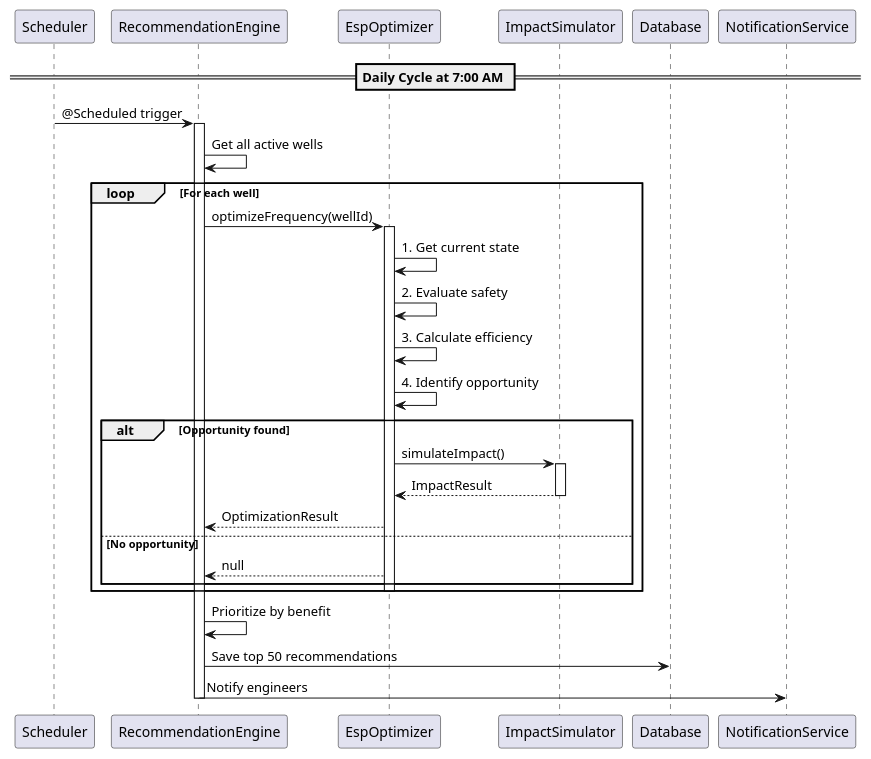
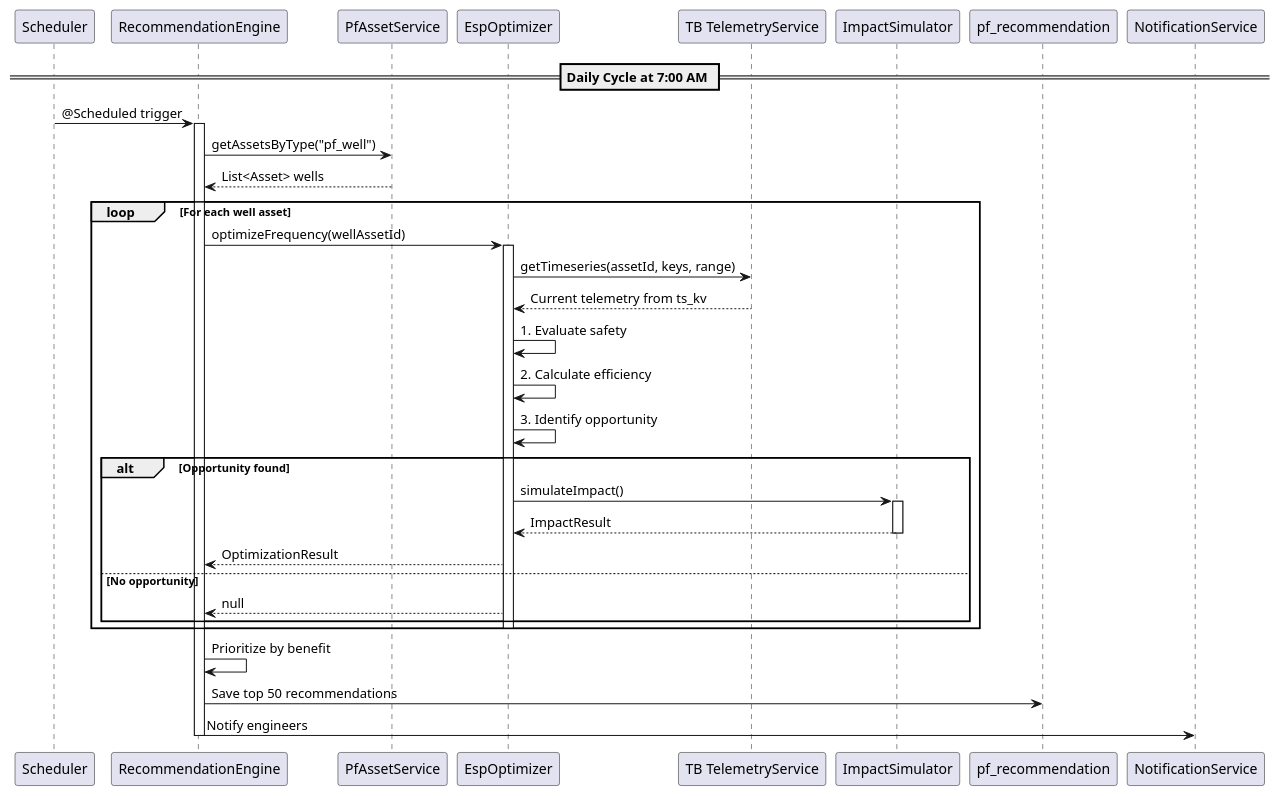
One commit to diazhh/nexus changed diagram 14 of 23 in dev/op/DIAGRAMS.md. Above: the diagram before and after it, drawn with PlantUML. The commit also changed other lines of this file and 109 other files, not shown here.

````diff
--- a/dev/op/DIAGRAMS.md
+++ b/dev/op/DIAGRAMS.md
@@ -484,44 +723,50 @@
 ```plantuml
 @startuml
 participant "Scheduler" as Cron
 participant "RecommendationEngine" as Engine
+participant "PfAssetService" as AssetSvc
 participant "EspOptimizer" as Optimizer
+participant "TB TelemetryService" as TsSvc
 participant "ImpactSimulator" as Simulator
-participant "Database" as DB
+participant "pf_recommendation" as DB
 participant "NotificationService" as Notif
 
 == Daily Cycle at 7:00 AM ==
 
 Cron -> Engine: @Scheduled trigger
 activate Engine
 
-Engine -> Engine: Get all active wells
-loop For each well
-    Engine -> Optimizer: optimizeFrequency(wellId)
+Engine -> AssetSvc: getAssetsByType("pf_well")
+AssetSvc --> Engine: List<Asset> wells
+
+loop For each well asset
+    Engine -> Optimizer: optimizeFrequency(wellAssetId)
     activate Optimizer
-    
-    Optimizer -> Optimizer: 1. Get current state
-    Optimizer -> Optimizer: 2. Evaluate safety
-    Optimizer -> Optimizer: 3. Calculate efficiency
-    Optimizer -> Optimizer: 4. Identify opportunity
-    
+
+    Optimizer -> TsSvc: getTimeseries(assetId, keys, range)
+    TsSvc --> Optimizer: Current telemetry from ts_kv
+
+    Optimizer -> Optimizer: 1. Evaluate safety
+    Optimizer -> Optimizer: 2. Calculate efficiency
+    Optimizer -> Optimizer: 3. Identify opportunity
+
     alt Opportunity found
         Optimizer -> Simulator: simulateImpact()
         activate Simulator
         Simulator --> Optimizer: ImpactResult
         deactivate Simulator
-        
+
         Optimizer --> Engine: OptimizationResult
     else No opportunity
         Optimizer --> Engine: null
     end
     deactivate Optimizer
 end
 
 Engine -> Engine: Prioritize by benefit
 Engine -> DB: Save top 50 recommendations
 Engine -> Notif: Notify engineers
 deactivate Engine
 
 @enduml
 ```
````
